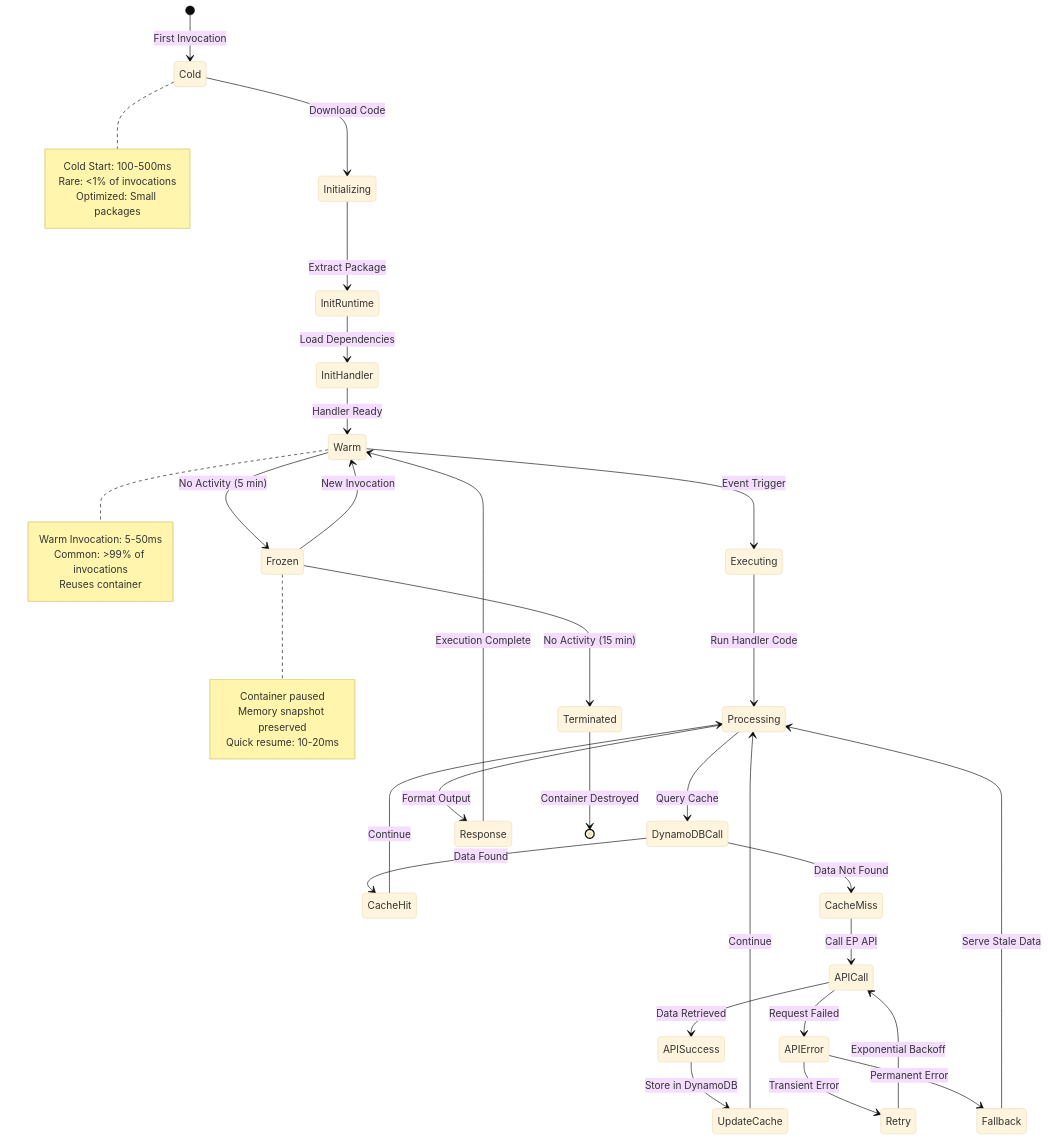
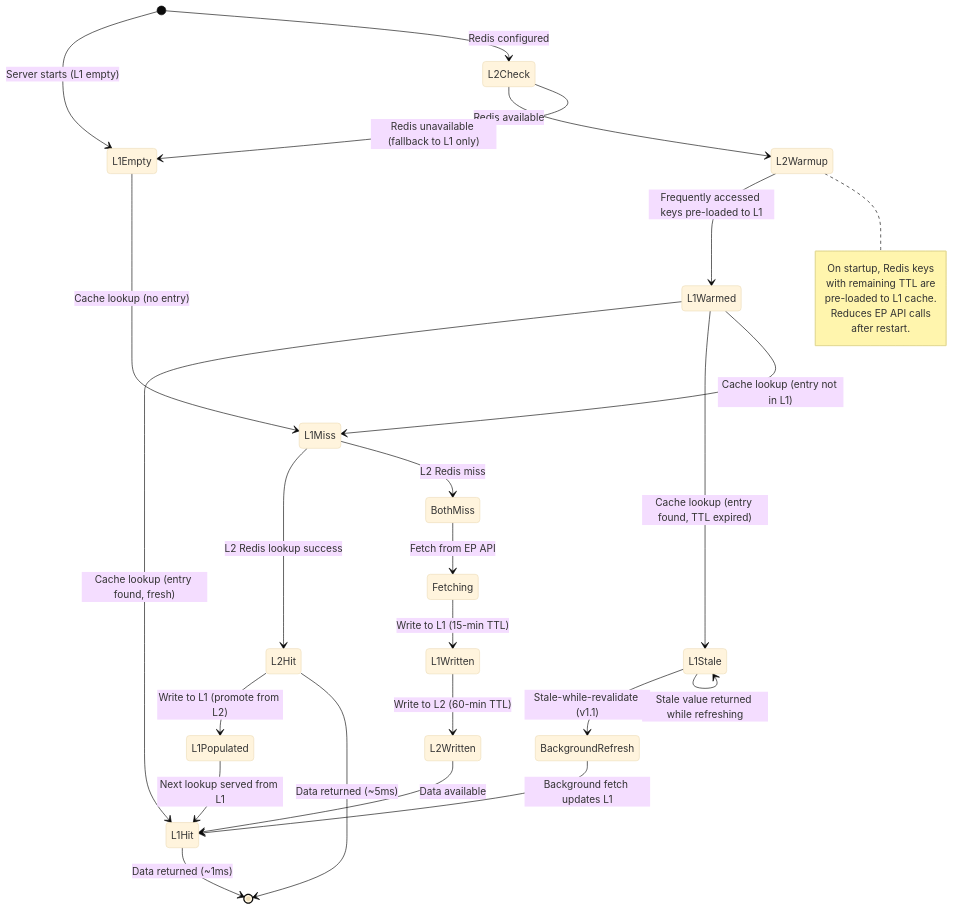
One commit to Hack23/European-Parliament-MCP-Server changed the third of 6 diagrams in FUTURE_STATEDIAGRAM.md. Above: the diagram before and after it, drawn with Mermaid (base theme). The commit also changed other lines of this file and 13 other files, not shown here.

````diff
--- a/FUTURE_STATEDIAGRAM.md
+++ b/FUTURE_STATEDIAGRAM.md
@@ -226,51 +161,41 @@
 ```mermaid
 stateDiagram-v2
-    [*] --> Cold: First Invocation
-    Cold --> Initializing: Download Code
-    Initializing --> InitRuntime: Extract Package
-    InitRuntime --> InitHandler: Load Dependencies
-    InitHandler --> Warm: Handler Ready
-    
-    Warm --> Executing: Event Trigger
-    Executing --> Processing: Run Handler Code
-    Processing --> DynamoDBCall: Query Cache
-    DynamoDBCall --> CacheHit: Data Found
-    DynamoDBCall --> CacheMiss: Data Not Found
-    
-    CacheMiss --> APICall: Call EP API
-    APICall --> APISuccess: Data Retrieved
-    APICall --> APIError: Request Failed
-    APIError --> Retry: Transient Error
-    Retry --> APICall: Exponential Backoff
-    APIError --> Fallback: Permanent Error
-    Fallback --> Processing: Serve Stale Data
-    
-    APISuccess --> UpdateCache: Store in DynamoDB
-    UpdateCache --> Processing: Continue
-    CacheHit --> Processing: Continue
-    Processing --> Response: Format Output
-    Response --> Warm: Execution Complete
-    
-    Warm --> Frozen: No Activity (5 min)
-    Frozen --> Warm: New Invocation
-    Frozen --> Terminated: No Activity (15 min)
-    Terminated --> [*]: Container Destroyed
-    
-    note right of Cold
-        Cold Start: 100-500ms
-        Rare: <1% of invocations
-        Optimized: Small packages
-    end note
-    
-    note right of Warm
-        Warm Invocation: 5-50ms
-        Common: >99% of invocations
-        Reuses container
-    end note
-    
-    note right of Frozen
-        Container paused
-        Memory snapshot preserved
-        Quick resume: 10-20ms
+    [*] --> L1Empty : Server starts (L1 empty)
+    [*] --> L2Check : Redis configured
+
+    L2Check --> L2Warmup : Redis available
+    L2Check --> L1Empty : Redis unavailable (fallback to L1 only)
+
+    L2Warmup --> L1Warmed : Frequently accessed keys pre-loaded to L1
+
+    L1Empty --> L1Miss : Cache lookup (no entry)
+    L1Warmed --> L1Hit : Cache lookup (entry found, fresh)
+    L1Warmed --> L1Stale : Cache lookup (entry found, TTL expired)
+    L1Warmed --> L1Miss : Cache lookup (entry not in L1)
+
+    L1Miss --> L2Hit : L2 Redis lookup success
+    L1Miss --> BothMiss : L2 Redis miss
+
+    L2Hit --> L1Populated : Write to L1 (promote from L2)
+    L1Populated --> L1Hit : Next lookup served from L1
+
+    BothMiss --> Fetching : Fetch from EP API
+    Fetching --> L1Written : Write to L1 (15-min TTL)
+    L1Written --> L2Written : Write to L2 (60-min TTL)
+    L2Written --> L1Hit : Data available
+
+    L1Stale --> BackgroundRefresh : Stale-while-revalidate (v1.1)
+    BackgroundRefresh --> L1Hit : Background fetch updates L1
+    L1Stale --> L1Stale : Stale value returned while refreshing
+
+    L1Hit --> [*] : Data returned (~1ms)
+    L2Hit --> [*] : Data returned (~5ms)
+
+    note right of L2Warmup
+        On startup, Redis keys
+        with remaining TTL are
+        pre-loaded to L1 cache.
+        Reduces EP API calls
+        after restart.
     end note
 ```
````
